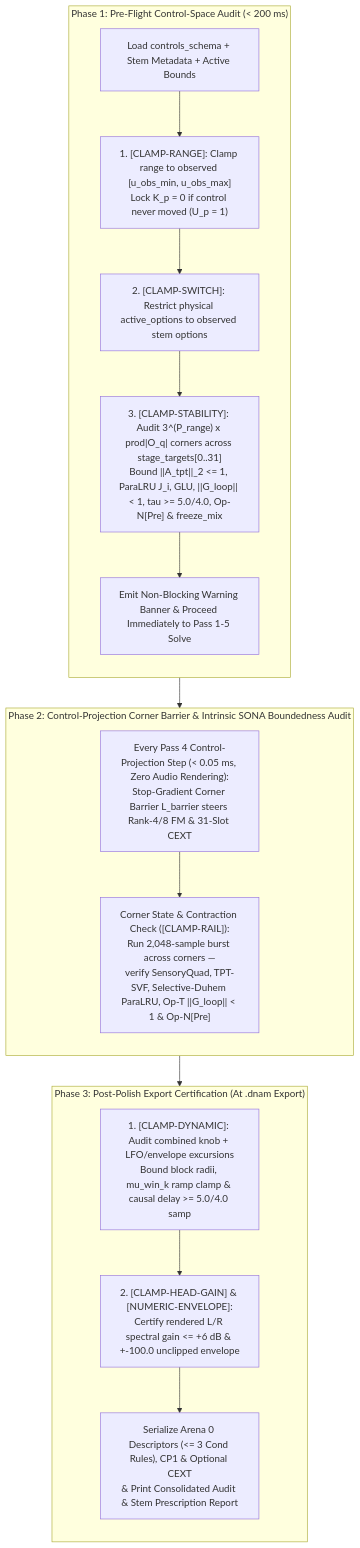
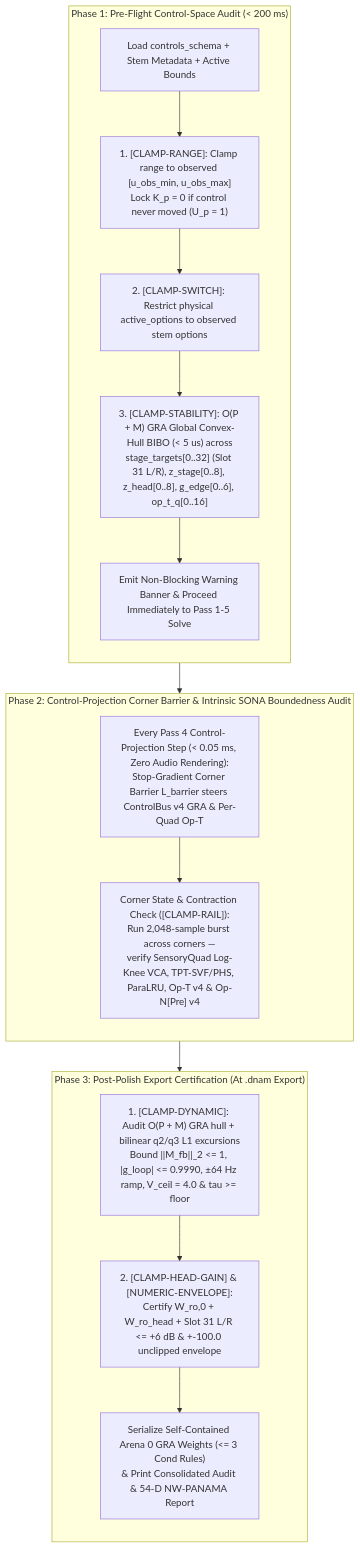
Before and after one commit to mokugen/dnam: the diagram in docs/specs/training/control_space_audit.md, drawn with Mermaid. The commit also changed other lines of this file and 16 other files, not shown here.

````diff
--- a/docs/specs/training/control_space_audit.md
+++ b/docs/specs/training/control_space_audit.md
@@ -26,23 +29,23 @@
 ```mermaid
 flowchart TD
     subgraph P1 ["Phase 1: Pre-Flight Control-Space Audit (< 200 ms)"]
         direction TB
         S0["Load controls_schema + Stem Metadata + Active Bounds"] --> CRange["1. [CLAMP-RANGE]: Clamp range to observed [u_obs_min, u_obs_max]<br/>Lock K_p = 0 if control never moved (U_p = 1)"]
         CRange --> CSwitch["2. [CLAMP-SWITCH]: Restrict physical active_options to observed stem options"]
-        CSwitch --> CStab["3. [CLAMP-STABILITY]: Audit 3^(P_range) x prod|O_q| corners across stage_targets[0..31]<br/>Bound ||A_tpt||_2 <= 1, ParaLRU J_i, GLU, ||G_loop|| < 1, tau >= 5.0/4.0, Op-N[Pre] & freeze_mix"]
+        CSwitch --> CStab["3. [CLAMP-STABILITY]: O(P + M) GRA Global Convex-Hull BIBO (< 5 us) across<br/>stage_targets[0..32] (Slot 31 L/R), z_stage[0..8], z_head[0..8], g_edge[0..6], op_t_q[0..16]"]
         CStab --> Warn["Emit Non-Blocking Warning Banner & Proceed Immediately to Pass 1-5 Solve"]
     end
 
     subgraph P2 ["Phase 2: Control-Projection Corner Barrier & Intrinsic SONA Boundedness Audit"]
         direction TB
-        Step["Every Pass 4 Control-Projection Step (< 0.05 ms, Zero Audio Rendering):<br/>Stop-Gradient Corner Barrier L_barrier steers Rank-4/8 FM & 31-Slot CEXT"] --> Rail["Corner State & Contraction Check ([CLAMP-RAIL]):<br/>Run 2,048-sample burst across corners —<br/>verify SensoryQuad, TPT-SVF, Selective-Duhem ParaLRU, Op-T ||G_loop|| < 1 & Op-N[Pre]"]
+        Step["Every Pass 4 Control-Projection Step (< 0.05 ms, Zero Audio Rendering):<br/>Stop-Gradient Corner Barrier L_barrier steers ControlBus v4 GRA & Per-Quad Op-T"] --> Rail["Corner State & Contraction Check ([CLAMP-RAIL]):<br/>Run 2,048-sample burst across corners —<br/>verify SensoryQuad Log-Knee VCA, TPT-SVF/PHS, ParaLRU, Op-T v4 & Op-N[Pre] v4"]
     end
 
     subgraph P3 ["Phase 3: Post-Polish Export Certification (At .dnam Export)"]
         direction TB
-        CDyn["1. [CLAMP-DYNAMIC]: Audit combined knob + LFO/envelope excursions<br/>Bound block radii, mu_win_k ramp clamp & causal delay >= 5.0/4.0 samp"] --> CHead["2. [CLAMP-HEAD-GAIN] & [NUMERIC-ENVELOPE]:<br/>Certify rendered L/R spectral gain <= +6 dB & +-100.0 unclipped envelope"]
-        CHead --> Out["Serialize Arena 0 Descriptors (<= 3 Cond Rules), CP1 & Optional CEXT<br/>& Print Consolidated Audit & Stem Prescription Report"]
+        CDyn["1. [CLAMP-DYNAMIC]: Audit O(P + M) GRA hull + bilinear q2/q3 L1 excursions<br/>Bound ||M_fb||_2 <= 1, |g_loop| <= 0.9990, ±64 Hz ramp, V_ceil = 4.0 & tau >= floor"] --> CHead["2. [CLAMP-HEAD-GAIN] & [NUMERIC-ENVELOPE]:<br/>Certify W_ro,0 + W_ro_head + Slot 31 L/R <= +6 dB & +-100.0 unclipped envelope"]
+        CHead --> Out["Serialize Self-Contained Arena 0 GRA Weights (<= 3 Cond Rules)<br/>& Print Consolidated Audit & 54-D NW-PANAMA Report"]
     end
 
     P1 --> P2 --> P3
 ```
````
